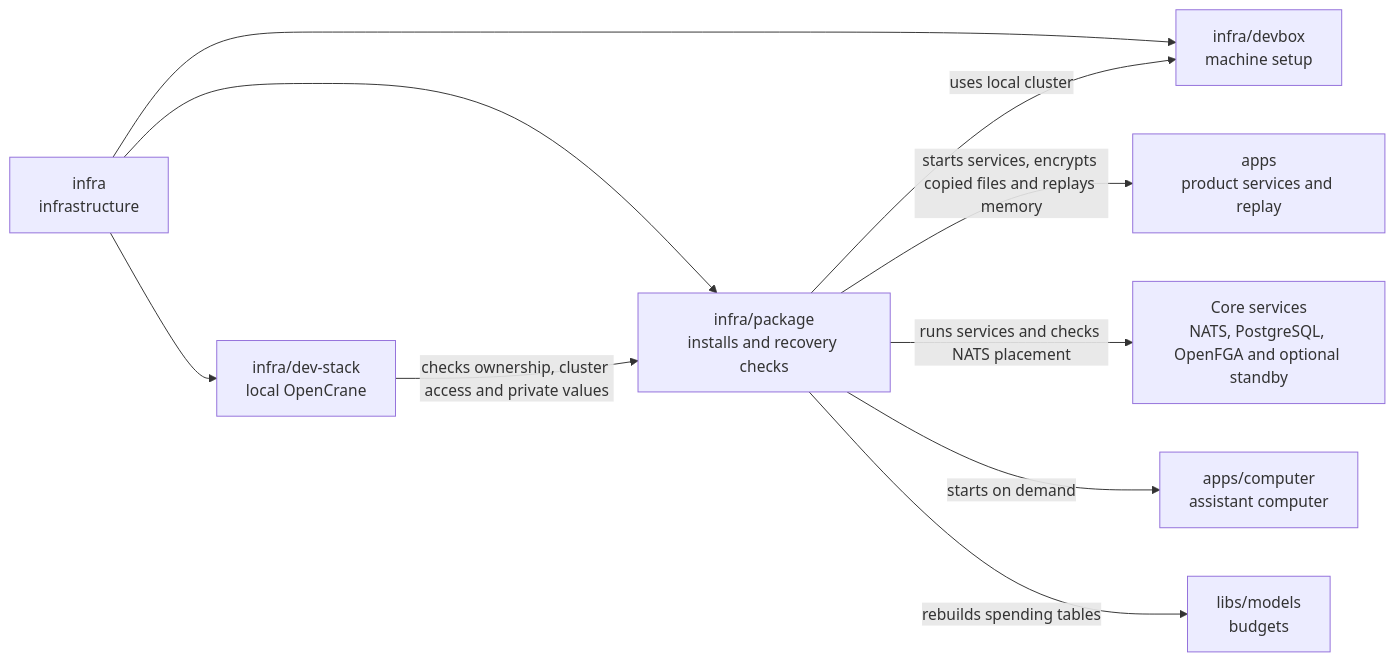
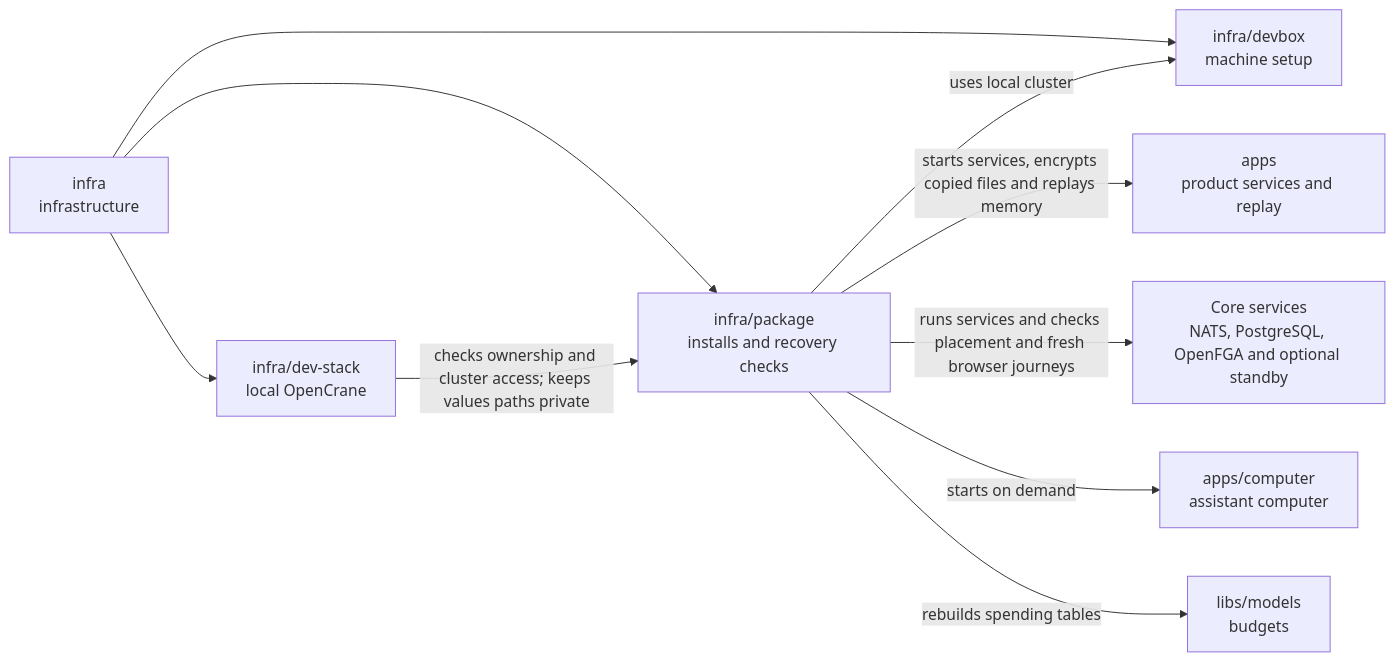
One commit to elewa-git/opencrane-new changed the diagram in infra/package/README.md. Above: the diagram before and after it, drawn with Mermaid. The commit also changed other lines of this file and 21 other files, not shown here.

First line of the commit message:
🔗 Packaged browser checks are bound to two fresh installs with distinct recorded targets and no private paths in commands (#732)

````diff
--- a/infra/package/README.md
+++ b/infra/package/README.md
@@ -19,12 +19,12 @@
 ```mermaid
 flowchart LR
   infra["infra<br/>infrastructure"] --> package["infra/package<br/>installs and recovery checks"]
   infra --> stack["infra/dev-stack<br/>local OpenCrane"]
   infra --> devbox["infra/devbox<br/>machine setup"]
-  stack -->|checks ownership, cluster access and private values| package
+  stack -->|checks ownership and cluster access; keeps values paths private| package
   package -->|uses local cluster| devbox
   package -->|starts services, encrypts copied files and replays memory| apps["apps<br/>product services and replay"]
-  package -->|runs services and checks NATS placement| services["Core services<br/>NATS, PostgreSQL, OpenFGA and optional standby"]
+  package -->|runs services and checks placement and fresh browser journeys| services["Core services<br/>NATS, PostgreSQL, OpenFGA and optional standby"]
   package -->|starts on demand| computer["apps/computer<br/>assistant computer"]
   package -->|rebuilds spending tables| models["libs/models<br/>budgets"]
 ```
````
